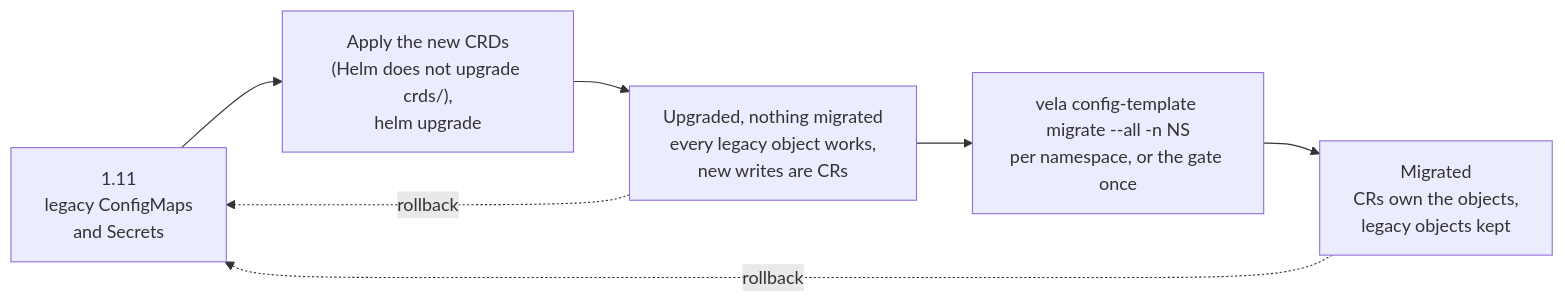
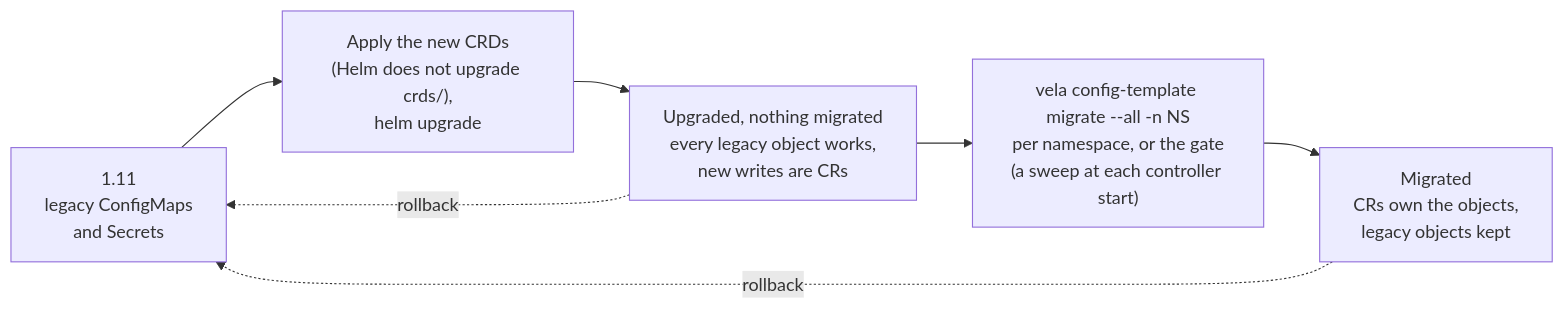
Before and after one commit to kubevela/kubevela: the diagram in design/vela-core/keps/2.18-config-crds/design/08-gitops-upgrade-and-rollback.md, drawn with Mermaid. The commit also changed other lines of this file and 9 other files, not shown here.

````diff
--- a/design/vela-core/keps/2.18-config-crds/design/08-gitops-upgrade-and-rollback.md
+++ b/design/vela-core/keps/2.18-config-crds/design/08-gitops-upgrade-and-rollback.md
@@ -58,9 +59,9 @@
 ```mermaid
 flowchart LR
     a["1.11<br/>legacy ConfigMaps<br/>and Secrets"] --> b["Apply the new CRDs<br/>(Helm does not upgrade crds/),<br/>helm upgrade"]
     b --> c["Upgraded, nothing migrated<br/>every legacy object works,<br/>new writes are CRs"]
-    c --> d["vela config-template migrate --all -n NS<br/>per namespace, or the gate once"]
+    c --> d["vela config-template migrate --all -n NS<br/>per namespace, or the gate<br/>(a sweep at each controller start)"]
     d --> e["Migrated<br/>CRs own the objects,<br/>legacy objects kept"]
     c -. "rollback" .-> a
     e -. "rollback" .-> a
 ```
````
